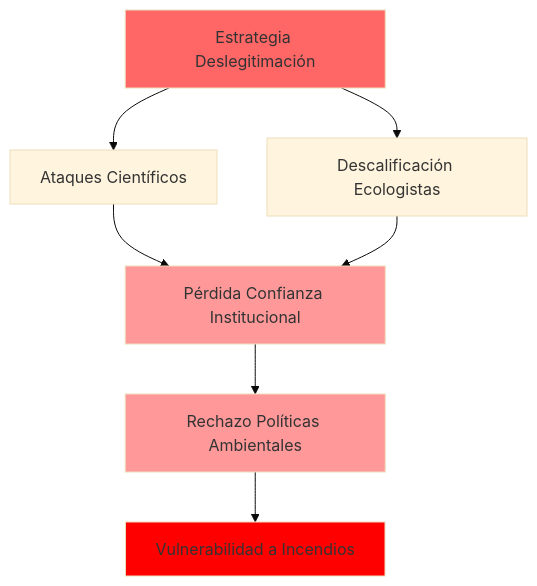
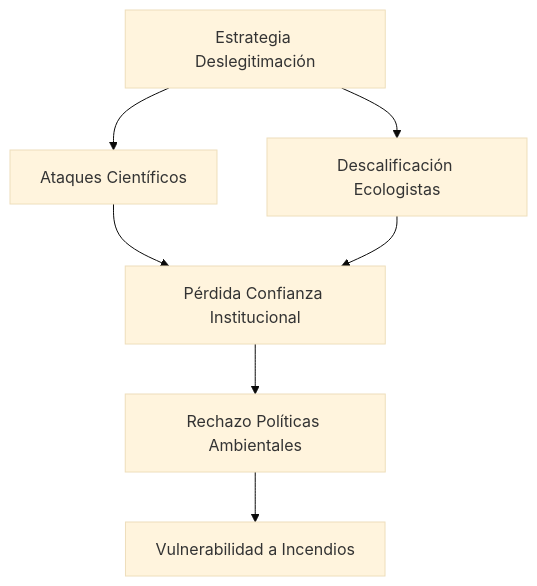
One commit to perpetuocambio/annotations changed the ninth of 10 diagrams in politica/medioambiente/analisis_multifactorial_incendios.md. Above: the diagram before and after it, drawn with Mermaid (base theme). The commit also changed other lines of this file, not shown here.

````diff
--- a/politica/medioambiente/analisis_multifactorial_incendios.md
+++ b/politica/medioambiente/analisis_multifactorial_incendios.md
@@ -517,16 +494,11 @@
 ```mermaid
 flowchart TD
     A[Estrategia Deslegitimación] --> B[Ataques Científicos]
     A --> C[Descalificación Ecologistas]
     
     B --> D[Pérdida Confianza Institucional]
     C --> D
     
     D --> E[Rechazo Políticas Ambientales]
     E --> F[Vulnerabilidad a Incendios]
-    
-    style A fill:#ff6666
-    style D fill:#ff9999
-    style E fill:#ff9999
-    style F fill:#ff0000
 ```
````
